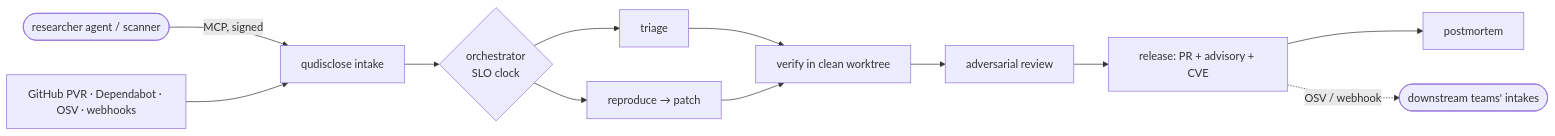
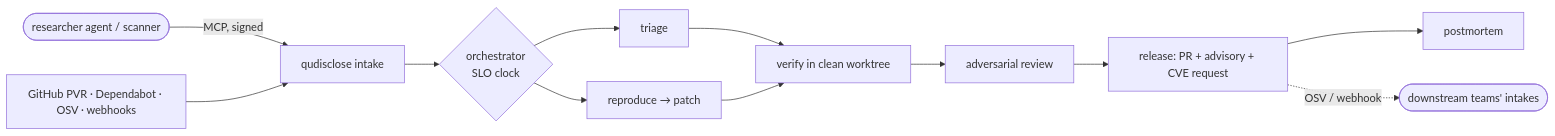
Before and after one commit to Rome-1/qudisclose: the first of 5 diagrams in README.md, drawn with Mermaid. The commit also changed other lines of this file and 1 other file, not shown here.

First line of the commit message:
docs: drop stale test count, name the CVE step for what it does

````diff
--- a/README.md
+++ b/README.md
@@ -56,13 +55,13 @@
 ```mermaid
 flowchart LR
     R([researcher agent / scanner]) -- MCP, signed --> I[qudisclose intake]
     G[GitHub PVR · Dependabot · OSV · webhooks] --> I
     I --> O{orchestrator<br>SLO clock}
     O --> T[triage]
     O --> P[reproduce → patch]
     T & P --> V[verify in clean worktree]
     V --> W[adversarial review]
-    W --> L[release: PR + advisory + CVE]
+    W --> L[release: PR + advisory + CVE request]
     L --> M[postmortem]
     L -. OSV / webhook .-> D([downstream teams' intakes])
 ```
````
